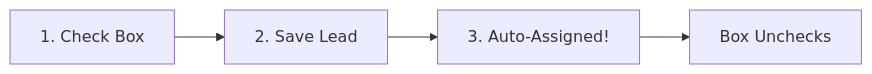
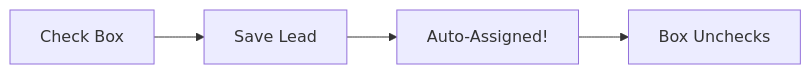
One commit to shivanathd/SalesforceLeadRoundRobin changed the first of 2 diagrams in README.md. Above: the diagram before and after it, drawn with Mermaid.

Commit message:
Fix mermaid diagram syntax error - remove numbered list items from node labels

````diff
--- a/README.md
+++ b/README.md
@@ -64,6 +64,6 @@
 ```mermaid
 graph LR
-    A[1. Check Box] --> B[2. Save Lead]
-    B --> C[3. Auto-Assigned!]
+    A[Check Box] --> B[Save Lead]
+    B --> C[Auto-Assigned!]
     C --> D[Box Unchecks]
 ```
````
